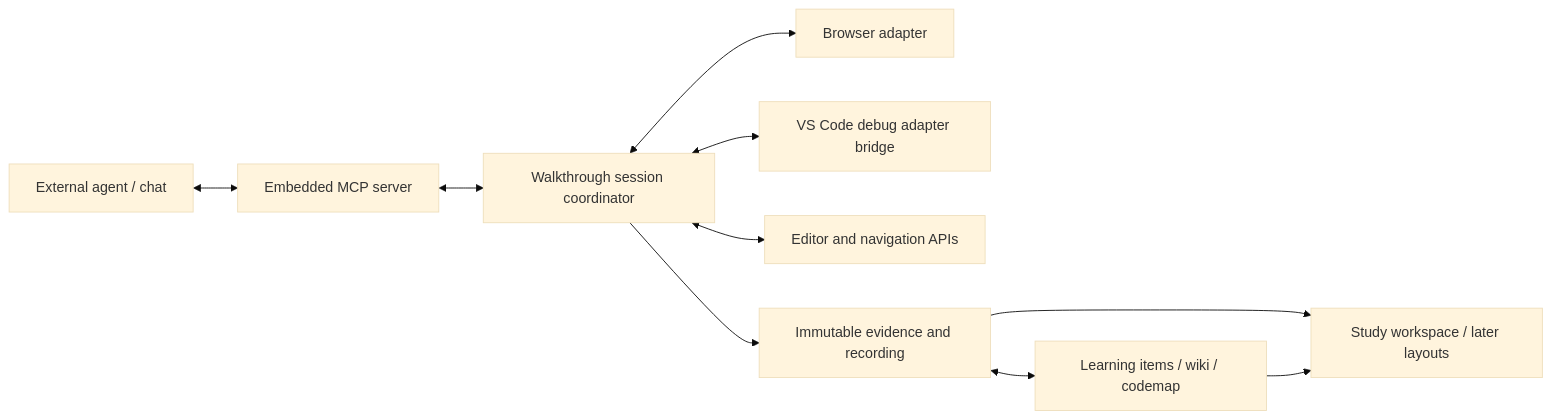
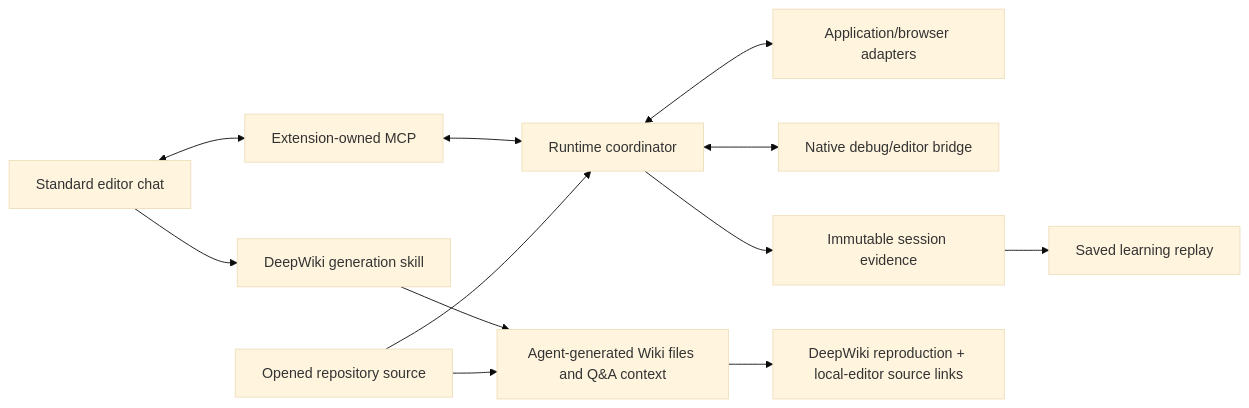
The diagram in docs/designs/codebook.md (laststance/codebook), drawn with Mermaid (base theme) before and after one commit. The commit also changed other lines of this file and 3612 other files, not shown here.

First line of the commit message:
v0.2.12.0 feat: synchronized replay, native Node history debugger and DeepWiki reader (#48)

````diff
--- a/docs/designs/codebook.md
+++ b/docs/designs/codebook.md
@@ -34,12 +55,14 @@
 ```mermaid
 flowchart LR
-  Agent[External agent / chat] <--> MCP[Embedded MCP server]
-  MCP <--> Session[Walkthrough session coordinator]
-  Session <--> Browser[Browser adapter]
-  Session <--> Debug[VS Code debug adapter bridge]
-  Session <--> Editor[Editor and navigation APIs]
-  Session --> Evidence[Immutable evidence and recording]
-  Evidence <--> Learning[Learning items / wiki / codemap]
-  Evidence --> Views[Study workspace / later layouts]
-  Learning --> Views
+  Chat[Standard editor chat] <--> MCP[Extension-owned MCP]
+  MCP <--> Runtime[Runtime coordinator]
+  Runtime <--> App[Application/browser adapters]
+  Runtime <--> Debug[Native debug/editor bridge]
+  Runtime --> Evidence[Immutable session evidence]
+  Evidence --> Replay[Saved learning replay]
+  Chat --> Skill[DeepWiki generation skill]
+  Skill --> Wiki[Agent-generated Wiki files and Q&A context]
+  Repo[Opened repository source] --> Runtime
+  Repo --> Wiki
+  Wiki --> Site[DeepWiki reproduction + local-editor source links]
 ```
````
